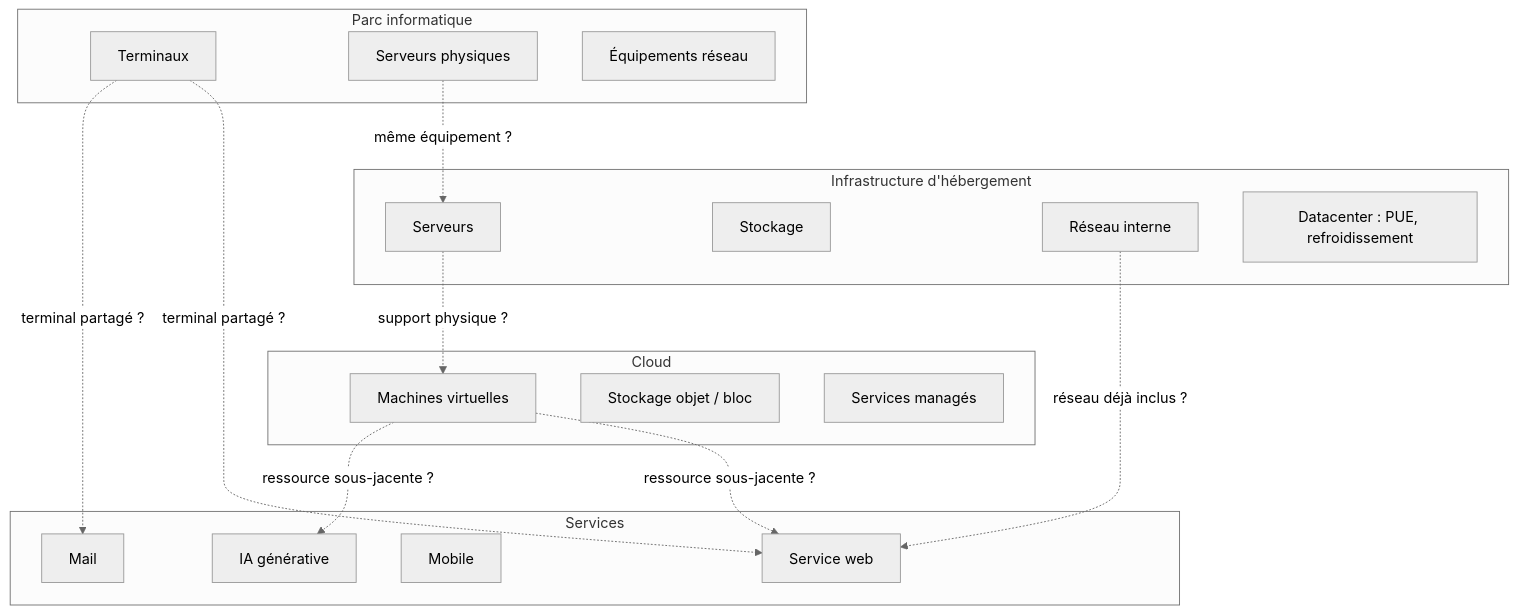
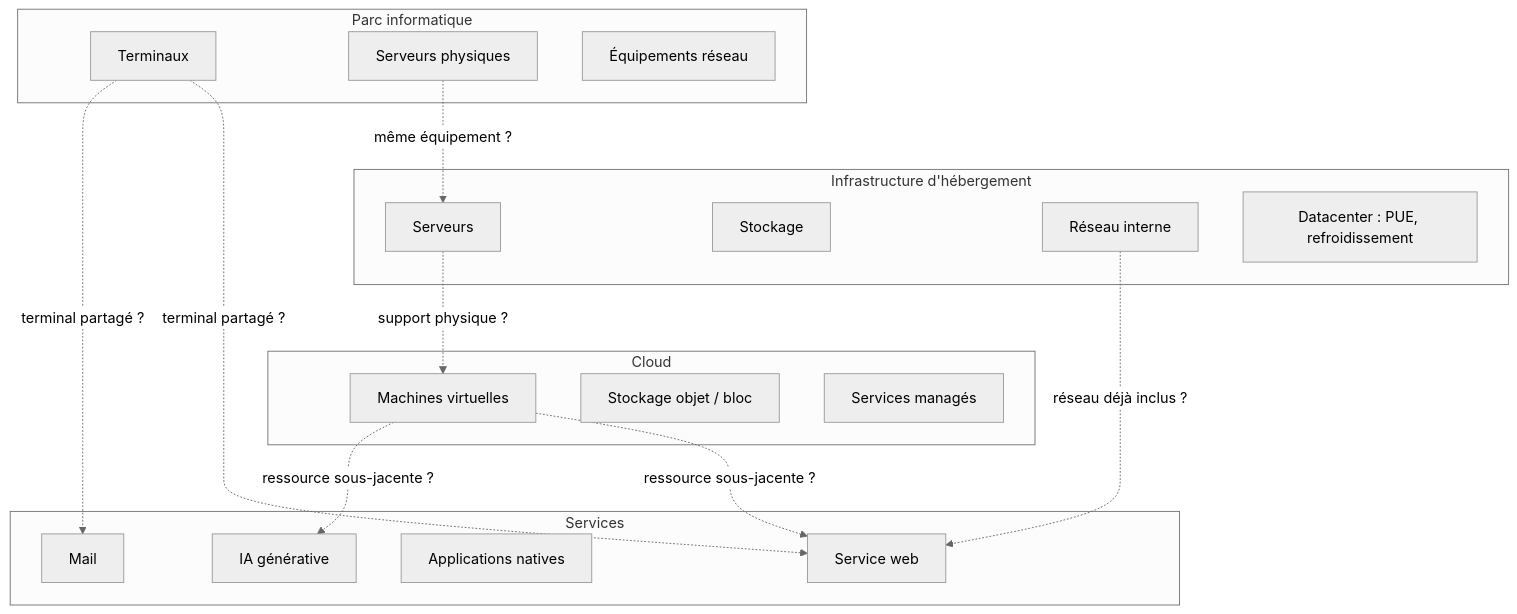
Before and after one commit to digital4better/methodology: the diagram in docs/regles/double-comptabilisation.md, drawn with Mermaid (neutral theme). The commit also changed other lines of this file and 193 other files, not shown here.

````diff
--- a/docs/regles/double-comptabilisation.md
+++ b/docs/regles/double-comptabilisation.md
@@ -19,33 +19,33 @@
 ```mermaid
 flowchart TD
     subgraph Parc informatique
         T[Terminaux]
         S[Serveurs physiques]
         R[Équipements réseau]
     end
     subgraph Infrastructure d'hébergement
         S2[Serveurs]
         ST[Stockage]
         NET[Réseau interne]
         DC[Datacenter : PUE, refroidissement]
     end
     subgraph Cloud
         VM[Machines virtuelles]
         STOR[Stockage objet / bloc]
         MAN[Services managés]
     end
     subgraph Services
         WEB[Service web]
         MAIL[Mail]
-        MOB[Mobile]
+        MOB[Applications natives]
         IA[IA générative]
     end
 
     S -.->|même équipement ?| S2
     S2 -.->|support physique ?| VM
     VM -.->|ressource sous-jacente ?| WEB
     VM -.->|ressource sous-jacente ?| IA
     T -.->|terminal partagé ?| WEB
     T -.->|terminal partagé ?| MAIL
     NET -.->|réseau déjà inclus ?| WEB
 ```
````
